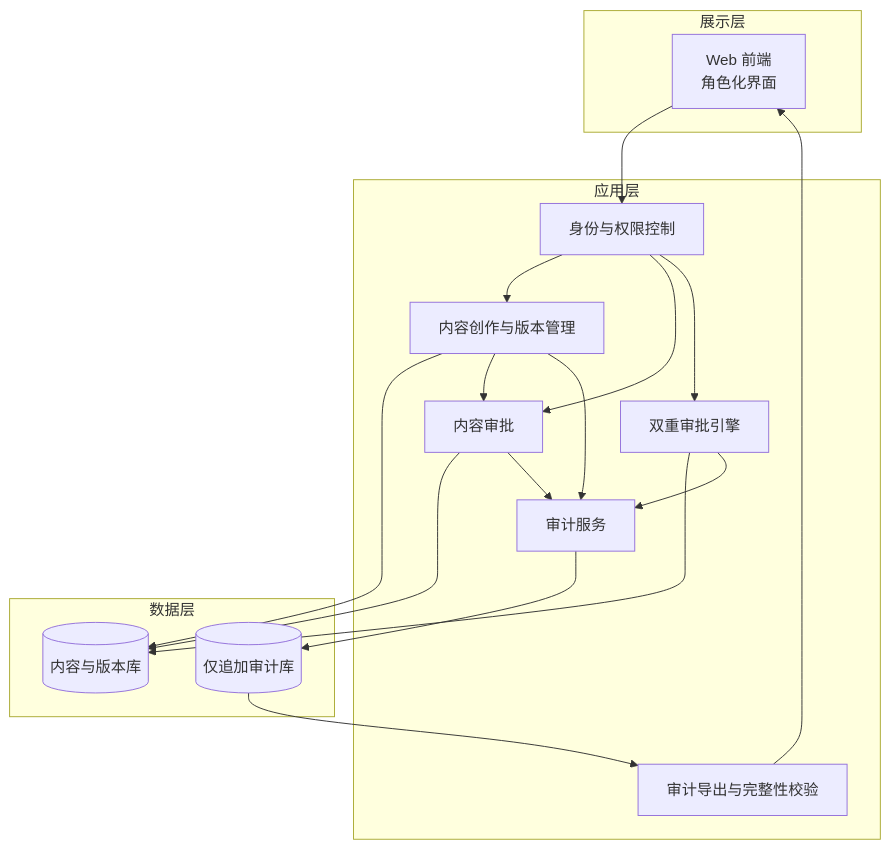
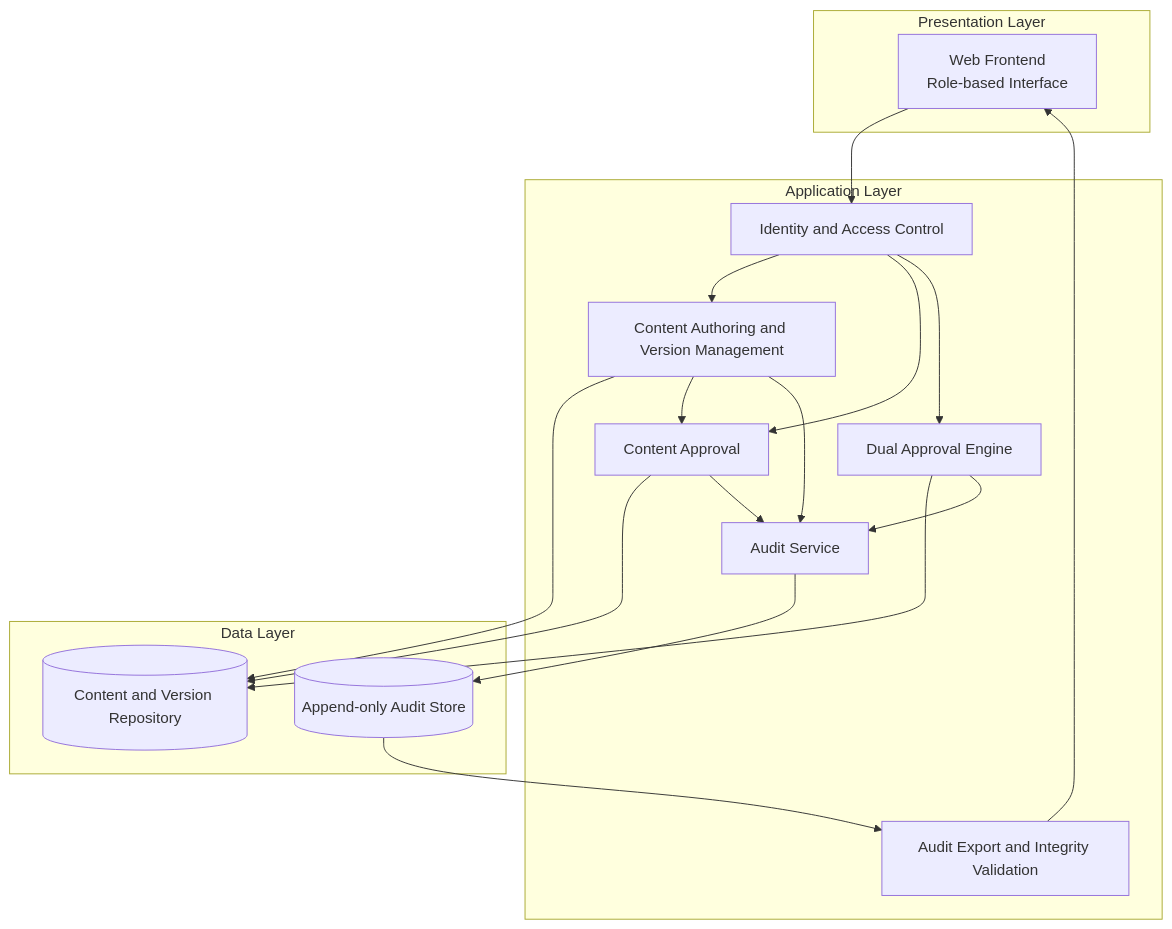
The diagram in architecture.mmd (melvinchia3636/sd-ga-assets), drawn with Mermaid before and after one commit. The commit also changed 7 other files, not shown here.

Commit message:
diagram update

```diff
--- a/architecture.mmd
+++ b/architecture.mmd
@@ -1,33 +1,33 @@
 flowchart TB
-  subgraph Presentation["展示层"]
-    WEB["Web 前端<br/>角色化界面"]
+  subgraph Presentation["Presentation Layer"]
+    WEB["Web Frontend<br/>Role-based Interface"]
   end
 
-  subgraph Application["应用层"]
-    AUTH["身份与权限控制"]
-    AUTHOR["内容创作与版本管理"]
-    CONTENTAPPROVE["内容审批"]
-    APPROVE["双重审批引擎"]
-    AUDIT["审计服务"]
-    EXPORT["审计导出与完整性校验"]
+  subgraph Application["Application Layer"]
+    AUTH["Identity and Access Control"]
+    AUTHOR["Content Authoring and Version Management"]
+    CONTENTAPPROVE["Content Approval"]
+    APPROVE["Dual Approval Engine"]
+    AUDIT["Audit Service"]
+    EXPORT["Audit Export and Integrity Validation"]
   end
 
-  subgraph Data["数据层"]
-    CONTENT[("内容与版本库")]
-    AUDITDB[("仅追加审计库")]
+  subgraph Data["Data Layer"]
+    CONTENT[("Content and Version Repository")]
+    AUDITDB[("Append-only Audit Store")]
   end
 
   WEB --> AUTH
   AUTH --> AUTHOR
   AUTH --> CONTENTAPPROVE
   AUTH --> APPROVE
   AUTHOR --> CONTENT
   AUTHOR --> CONTENTAPPROVE
   CONTENTAPPROVE --> CONTENT
   APPROVE --> CONTENT
   AUTHOR --> AUDIT
   CONTENTAPPROVE --> AUDIT
   APPROVE --> AUDIT
   AUDIT --> AUDITDB
   AUDITDB --> EXPORT
   EXPORT --> WEB
```
